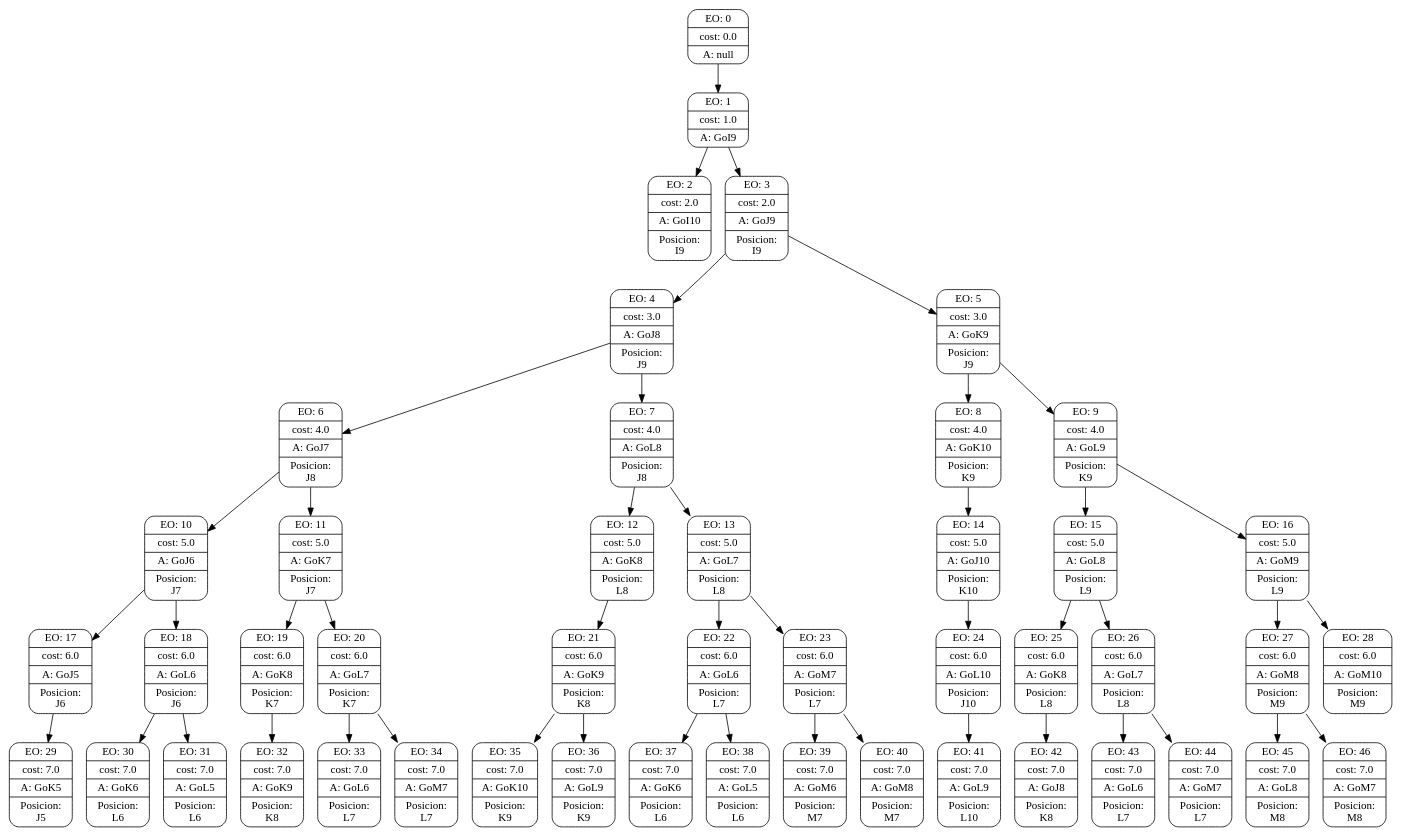
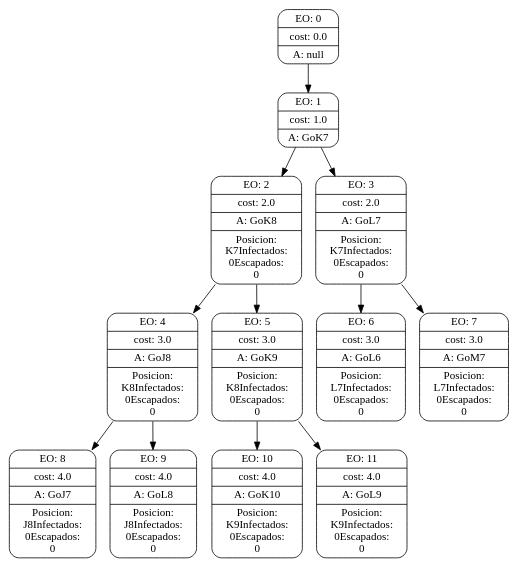
One commit to eliasbrizi/tp1IA changed the diagram in inteligenciaArtificialTP1/searchGVTrees/3.dot. Above: the diagram before and after it, drawn with Graphviz. The commit also changed 463 other files, not shown here.

```diff
--- a/inteligenciaArtificialTP1/searchGVTrees/3.dot
+++ b/inteligenciaArtificialTP1/searchGVTrees/3.dot
@@ -1,144 +1,59 @@
 digraph g {
 node [shape = Mrecord];
 nodo0[label="{EO: 0|cost: 0.0|A: null}"]
-nodo1[label="{EO: 1|cost: 1.0|A: GoI9}"]
-nodo2[label="{EO: 2|cost: 2.0|A: GoI10|Posicion:\nI9}"]
+nodo1[label="{EO: 1|cost: 1.0|A: GoK7}"]
+nodo2[label="{EO: 2|cost: 2.0|A: GoK8|Posicion:\nK7
+Infectados:\n0
+Escapados:\n0}"]
+nodo4[label="{EO: 4|cost: 3.0|A: GoJ8|Posicion:\nK8
+Infectados:\n0
+Escapados:\n0}"]
+nodo8[label="{EO: 8|cost: 4.0|A: GoJ7|Posicion:\nJ8
+Infectados:\n0
+Escapados:\n0}"]
+
+nodo4 -> nodo8;
+nodo9[label="{EO: 9|cost: 4.0|A: GoL8|Posicion:\nJ8
+Infectados:\n0
+Escapados:\n0}"]
+
+nodo4 -> nodo9;
+
+nodo2 -> nodo4;
+nodo5[label="{EO: 5|cost: 3.0|A: GoK9|Posicion:\nK8
+Infectados:\n0
+Escapados:\n0}"]
+nodo10[label="{EO: 10|cost: 4.0|A: GoK10|Posicion:\nK9
+Infectados:\n0
+Escapados:\n0}"]
+
+nodo5 -> nodo10;
+nodo11[label="{EO: 11|cost: 4.0|A: GoL9|Posicion:\nK9
+Infectados:\n0
+Escapados:\n0}"]
+
+nodo5 -> nodo11;
+
+nodo2 -> nodo5;
 
 nodo1 -> nodo2;
-nodo3[label="{EO: 3|cost: 2.0|A: GoJ9|Posicion:\nI9}"]
-nodo4[label="{EO: 4|cost: 3.0|A: GoJ8|Posicion:\nJ9}"]
-nodo6[label="{EO: 6|cost: 4.0|A: GoJ7|Posicion:\nJ8}"]
-nodo10[label="{EO: 10|cost: 5.0|A: GoJ6|Posicion:\nJ7}"]
-nodo17[label="{EO: 17|cost: 6.0|A: GoJ5|Posicion:\nJ6}"]
-nodo29[label="{EO: 29|cost: 7.0|A: GoK5|Posicion:\nJ5}"]
+nodo3[label="{EO: 3|cost: 2.0|A: GoL7|Posicion:\nK7
+Infectados:\n0
+Escapados:\n0}"]
+nodo6[label="{EO: 6|cost: 3.0|A: GoL6|Posicion:\nL7
+Infectados:\n0
+Escapados:\n0}"]
 
-nodo17 -> nodo29;
+nodo3 -> nodo6;
+nodo7[label="{EO: 7|cost: 3.0|A: GoM7|Posicion:\nL7
+Infectados:\n0
+Escapados:\n0}"]
 
-nodo10 -> nodo17;
-nodo18[label="{EO: 18|cost: 6.0|A: GoL6|Posicion:\nJ6}"]
-nodo30[label="{EO: 30|cost: 7.0|A: GoK6|Posicion:\nL6}"]
-
-nodo18 -> nodo30;
-nodo31[label="{EO: 31|cost: 7.0|A: GoL5|Posicion:\nL6}"]
-
-nodo18 -> nodo31;
-
-nodo10 -> nodo18;
-
-nodo6 -> nodo10;
-nodo11[label="{EO: 11|cost: 5.0|A: GoK7|Posicion:\nJ7}"]
-nodo19[label="{EO: 19|cost: 6.0|A: GoK8|Posicion:\nK7}"]
-nodo32[label="{EO: 32|cost: 7.0|A: GoK9|Posicion:\nK8}"]
-
-nodo19 -> nodo32;
-
-nodo11 -> nodo19;
-nodo20[label="{EO: 20|cost: 6.0|A: GoL7|Posicion:\nK7}"]
-nodo33[label="{EO: 33|cost: 7.0|A: GoL6|Posicion:\nL7}"]
-
-nodo20 -> nodo33;
-nodo34[label="{EO: 34|cost: 7.0|A: GoM7|Posicion:\nL7}"]
-
-nodo20 -> nodo34;
-
-nodo11 -> nodo20;
-
-nodo6 -> nodo11;
-
-nodo4 -> nodo6;
-nodo7[label="{EO: 7|cost: 4.0|A: GoL8|Posicion:\nJ8}"]
-nodo12[label="{EO: 12|cost: 5.0|A: GoK8|Posicion:\nL8}"]
-nodo21[label="{EO: 21|cost: 6.0|A: GoK9|Posicion:\nK8}"]
-nodo35[label="{EO: 35|cost: 7.0|A: GoK10|Posicion:\nK9}"]
-
-nodo21 -> nodo35;
-nodo36[label="{EO: 36|cost: 7.0|A: GoL9|Posicion:\nK9}"]
-
-nodo21 -> nodo36;
-
-nodo12 -> nodo21;
-
-nodo7 -> nodo12;
-nodo13[label="{EO: 13|cost: 5.0|A: GoL7|Posicion:\nL8}"]
-nodo22[label="{EO: 22|cost: 6.0|A: GoL6|Posicion:\nL7}"]
-nodo37[label="{EO: 37|cost: 7.0|A: GoK6|Posicion:\nL6}"]
-
-nodo22 -> nodo37;
-nodo38[label="{EO: 38|cost: 7.0|A: GoL5|Posicion:\nL6}"]
-
-nodo22 -> nodo38;
-
-nodo13 -> nodo22;
-nodo23[label="{EO: 23|cost: 6.0|A: GoM7|Posicion:\nL7}"]
-nodo39[label="{EO: 39|cost: 7.0|A: GoM6|Posicion:\nM7}"]
-
-nodo23 -> nodo39;
-nodo40[label="{EO: 40|cost: 7.0|A: GoM8|Posicion:\nM7}"]
-
-nodo23 -> nodo40;
-
-nodo13 -> nodo23;
-
-nodo7 -> nodo13;
-
-nodo4 -> nodo7;
-
-nodo3 -> nodo4;
-nodo5[label="{EO: 5|cost: 3.0|A: GoK9|Posicion:\nJ9}"]
-nodo8[label="{EO: 8|cost: 4.0|A: GoK10|Posicion:\nK9}"]
-nodo14[label="{EO: 14|cost: 5.0|A: GoJ10|Posicion:\nK10}"]
-nodo24[label="{EO: 24|cost: 6.0|A: GoL10|Posicion:\nJ10}"]
-nodo41[label="{EO: 41|cost: 7.0|A: GoL9|Posicion:\nL10}"]
-
-nodo24 -> nodo41;
-
-nodo14 -> nodo24;
-
-nodo8 -> nodo14;
-
-nodo5 -> nodo8;
-nodo9[label="{EO: 9|cost: 4.0|A: GoL9|Posicion:\nK9}"]
-nodo15[label="{EO: 15|cost: 5.0|A: GoL8|Posicion:\nL9}"]
-nodo25[label="{EO: 25|cost: 6.0|A: GoK8|Posicion:\nL8}"]
-nodo42[label="{EO: 42|cost: 7.0|A: GoJ8|Posicion:\nK8}"]
-
-nodo25 -> nodo42;
-
-nodo15 -> nodo25;
-nodo26[label="{EO: 26|cost: 6.0|A: GoL7|Posicion:\nL8}"]
-nodo43[label="{EO: 43|cost: 7.0|A: GoL6|Posicion:\nL7}"]
-
-nodo26 -> nodo43;
-nodo44[label="{EO: 44|cost: 7.0|A: GoM7|Posicion:\nL7}"]
-
-nodo26 -> nodo44;
-
-nodo15 -> nodo26;
-
-nodo9 -> nodo15;
-nodo16[label="{EO: 16|cost: 5.0|A: GoM9|Posicion:\nL9}"]
-nodo27[label="{EO: 27|cost: 6.0|A: GoM8|Posicion:\nM9}"]
-nodo45[label="{EO: 45|cost: 7.0|A: GoL8|Posicion:\nM8}"]
-
-nodo27 -> nodo45;
-nodo46[label="{EO: 46|cost: 7.0|A: GoM7|Posicion:\nM8}"]
-
-nodo27 -> nodo46;
-
-nodo16 -> nodo27;
-nodo28[label="{EO: 28|cost: 6.0|A: GoM10|Posicion:\nM9}"]
-
-nodo16 -> nodo28;
-
-nodo9 -> nodo16;
-
-nodo5 -> nodo9;
-
-nodo3 -> nodo5;
+nodo3 -> nodo7;
 
 nodo1 -> nodo3;
 
 nodo0 -> nodo1;
 
 
 }
```
